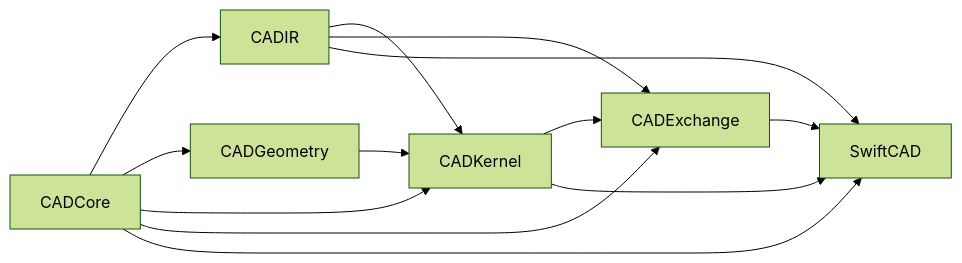
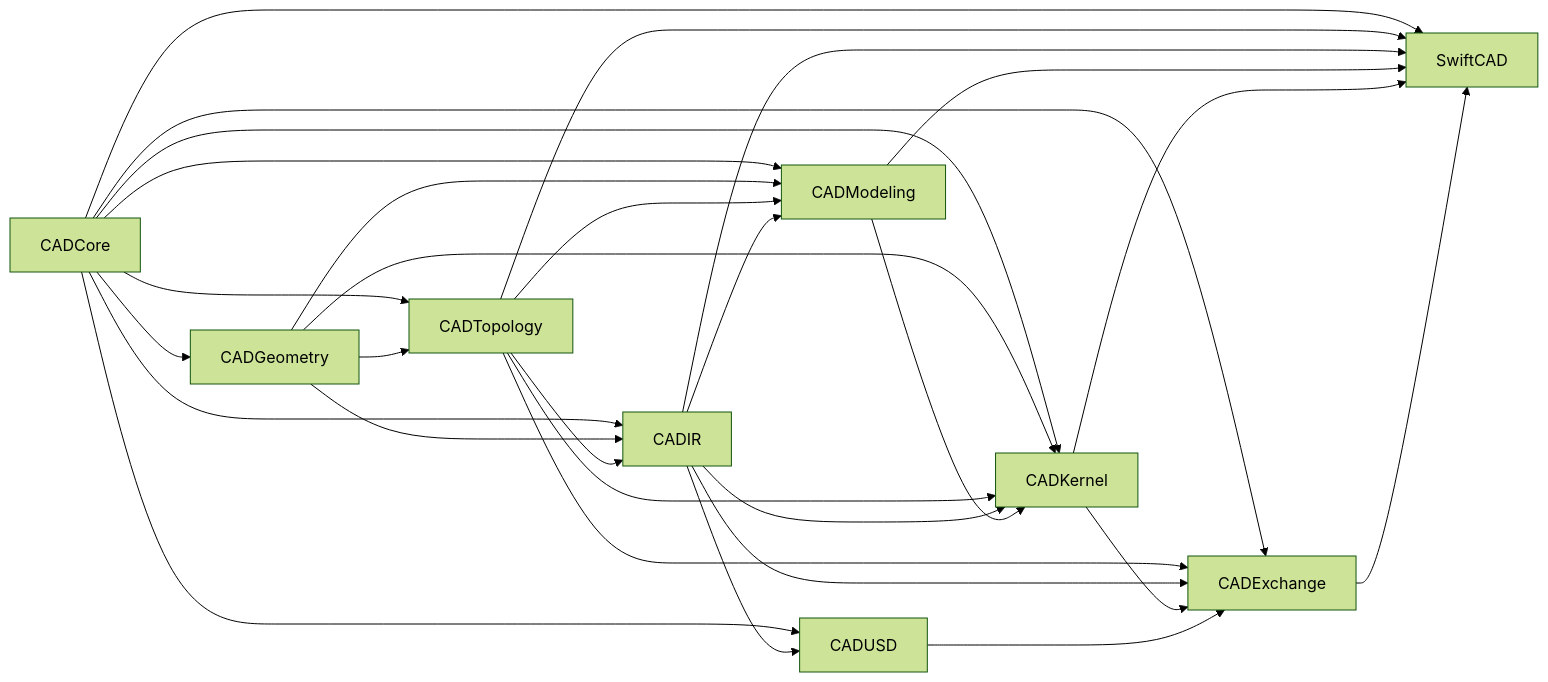
One commit to 1amageek/swift-CAD changed the second of 4 diagrams in README.md. Above: the diagram before and after it, drawn with Mermaid (forest theme). The commit also changed other lines of this file and 824 other files, not shown here.

Commit message:
Implement exact CAD kernel modeling architecture

````diff
--- a/README.md
+++ b/README.md
@@ -39,15 +40,31 @@
 ```mermaid
 flowchart LR
-    CADCore["CADCore"] --> CADIR["CADIR"]
     CADCore --> CADGeometry["CADGeometry"]
-    CADGeometry --> CADKernel["CADKernel"]
+    CADCore --> CADTopology["CADTopology"]
+    CADGeometry --> CADTopology
+    CADCore --> CADIR["CADIR"]
+    CADGeometry --> CADIR
+    CADTopology --> CADIR
+    CADCore --> CADModeling["CADModeling"]
+    CADGeometry --> CADModeling
+    CADTopology --> CADModeling
+    CADIR --> CADModeling
     CADCore --> CADKernel["CADKernel"]
+    CADGeometry --> CADKernel
+    CADTopology --> CADKernel
+    CADIR --> CADKernel
+    CADModeling --> CADKernel
+    CADCore --> CADUSD["CADUSD"]
+    CADIR --> CADUSD
     CADCore --> CADExchange["CADExchange"]
-    CADIR --> CADKernel
+    CADTopology --> CADExchange
     CADIR --> CADExchange
     CADKernel --> CADExchange
+    CADUSD --> CADExchange
     CADCore --> SwiftCAD["SwiftCAD"]
+    CADTopology --> SwiftCAD
     CADIR --> SwiftCAD
+    CADModeling --> SwiftCAD
     CADKernel --> SwiftCAD
     CADExchange --> SwiftCAD
 ```
````
